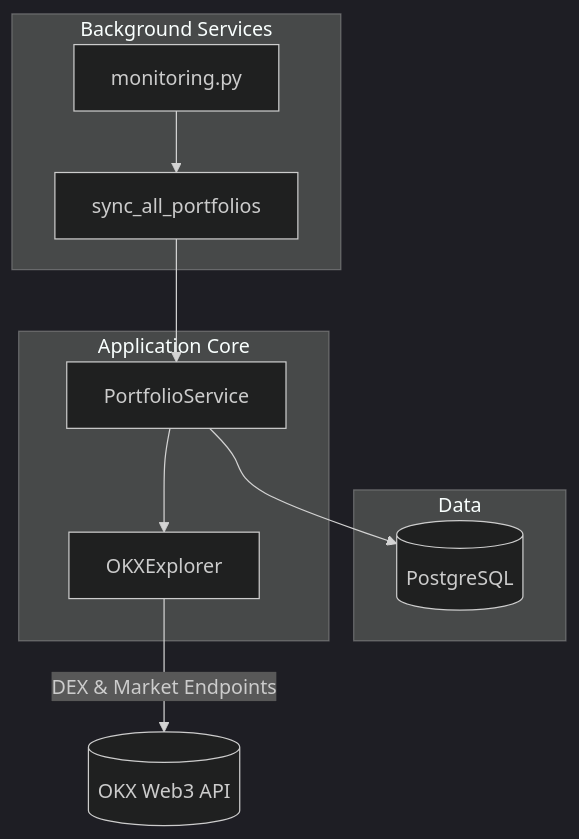
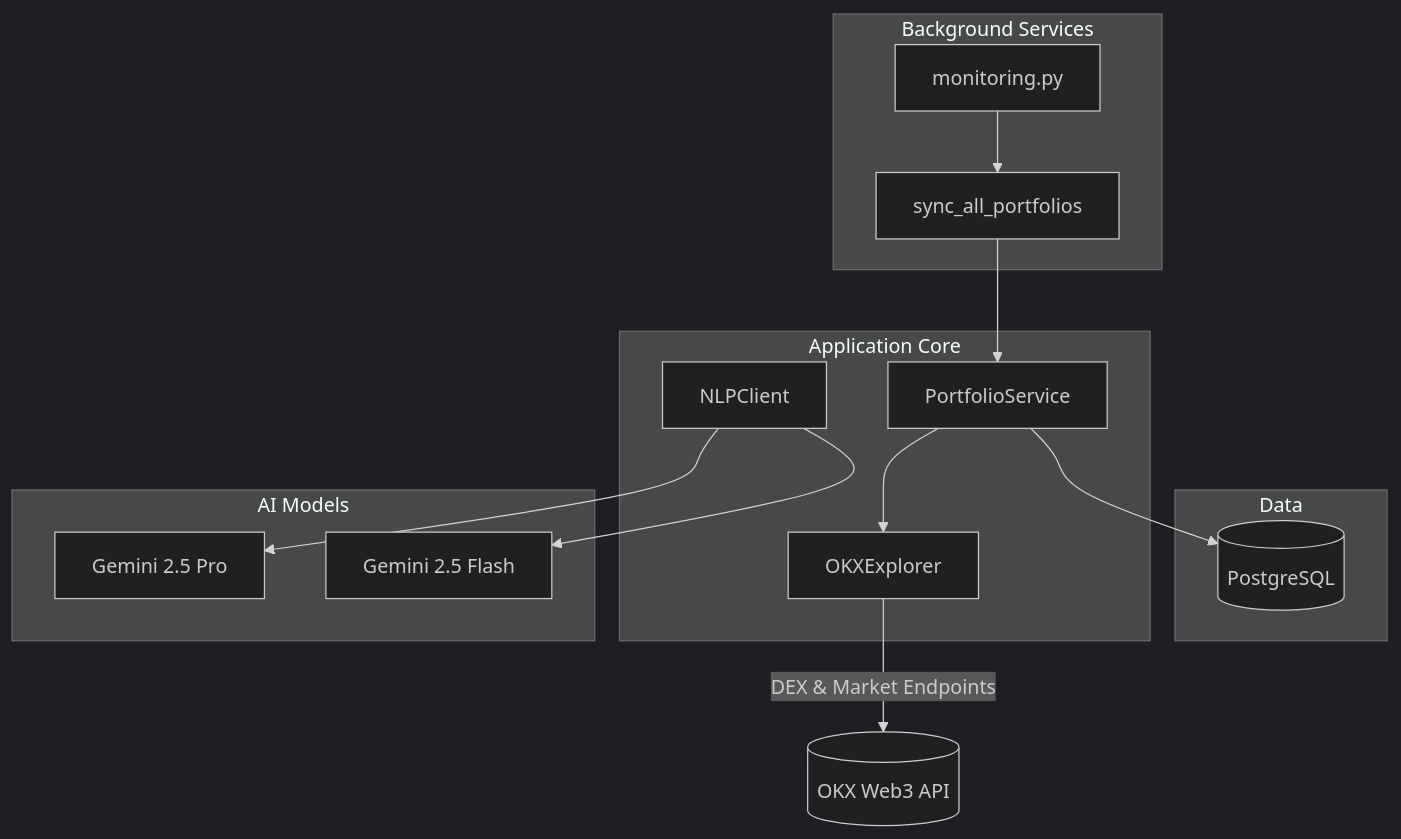
The second of 2 diagrams in how-it-works.md (ugbodagadave/Esther), drawn with Mermaid (dark theme) before and after one commit. The commit also changed other lines of this file and 4 other files, not shown here.

````diff
--- a/how-it-works.md
+++ b/how-it-works.md
@@ -152,20 +203,27 @@
 ```mermaid
 graph TD
     subgraph Background Services
         M[monitoring.py]
         S[sync_all_portfolios]
     end
     subgraph Data
         DB[(PostgreSQL)]
     end
     subgraph Application Core
         PortfolioService
         OKXExplorer
+        NLPClient
+    end
+    subgraph AI Models
+        G[Gemini 2.5 Pro]
+        H[Gemini 2.5 Flash]
     end
 
     M --> S
     S --> PortfolioService
     PortfolioService --> OKXExplorer
     PortfolioService --> DB
     OKXExplorer -->|DEX & Market Endpoints| OKXDEX[(OKX Web3 API)]
+    NLPClient --> G
+    NLPClient --> H
 ```
````
